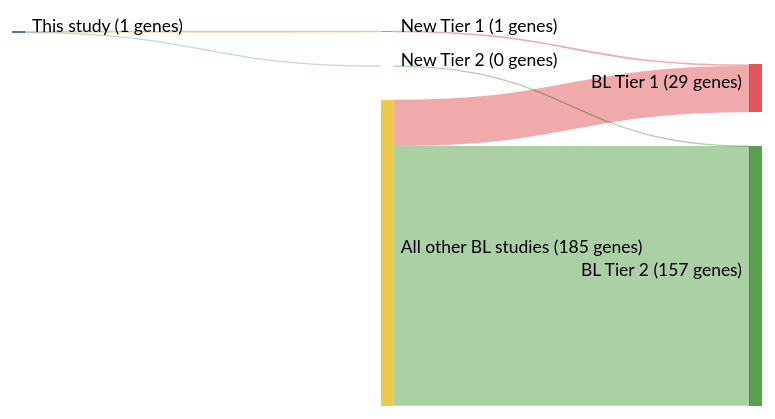
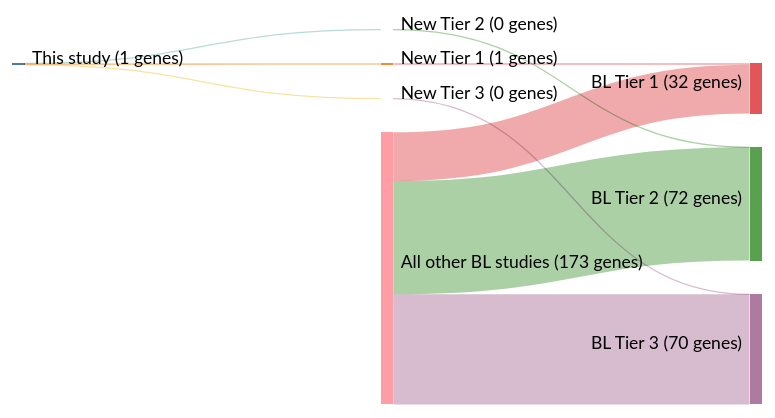
The diagram in papers/johnstonCmycHypermutationBurkitt1992.md (morinlab/lymphopedia), drawn with Mermaid (forest theme) before and after one commit. The commit also changed other lines of this file and 81 other files, not shown here.

````diff
--- a/papers/johnstonCmycHypermutationBurkitt1992.md
+++ b/papers/johnstonCmycHypermutationBurkitt1992.md
@@ -12,20 +12,23 @@
 ```mermaid
 ---
 config:
     sankey:
         showValues: true
         linkColor: target
         width: 600
         height: 300
         nodeAlignment: right
         prefix: '('
         suffix: ' genes)'
 ---
 sankey-beta
 This study, New Tier 1, 1
 New Tier 1, BL Tier 1, 1
 This study, New Tier 2, 0
 New Tier 2, BL Tier 2, 0
-All other BL studies, BL Tier 1, 28
-All other BL studies, BL Tier 2, 157
+This study, New Tier 3, 0
+New Tier 3, BL Tier 3, 0
+All other BL studies, BL Tier 1, 31
+All other BL studies, BL Tier 2, 72
+All other BL studies, BL Tier 3, 70
 ```
````
